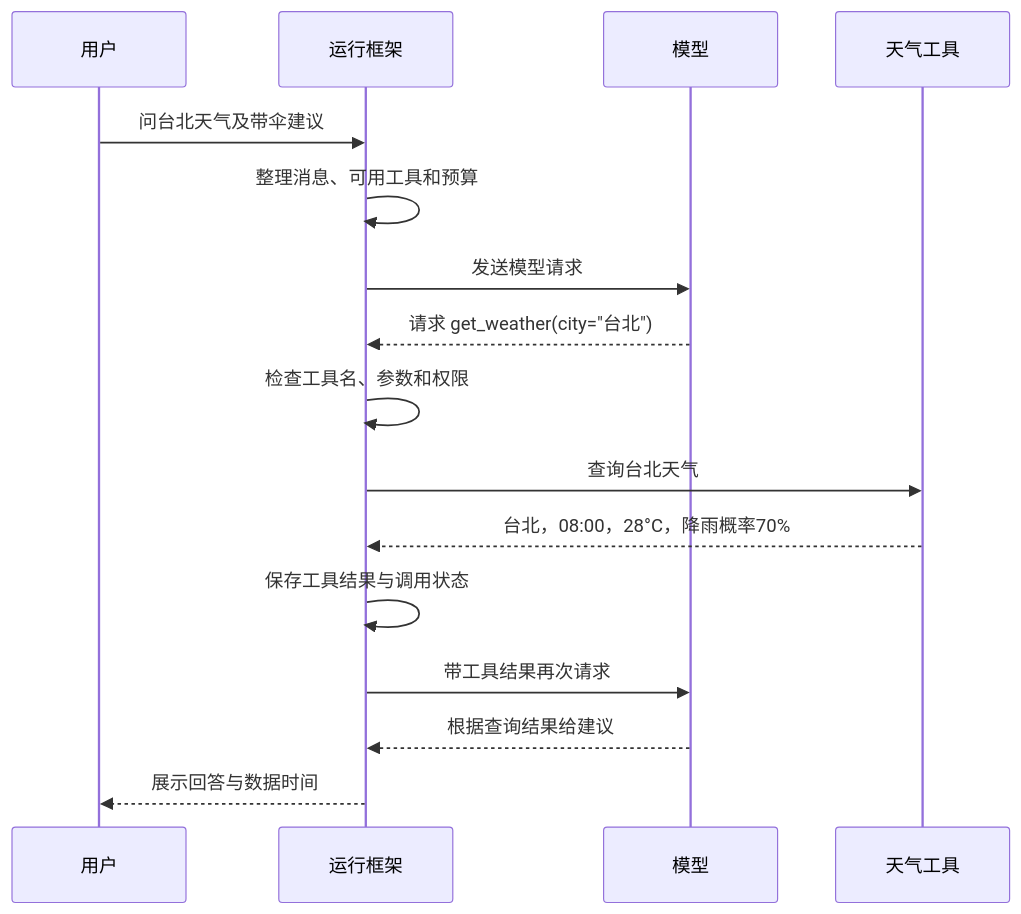
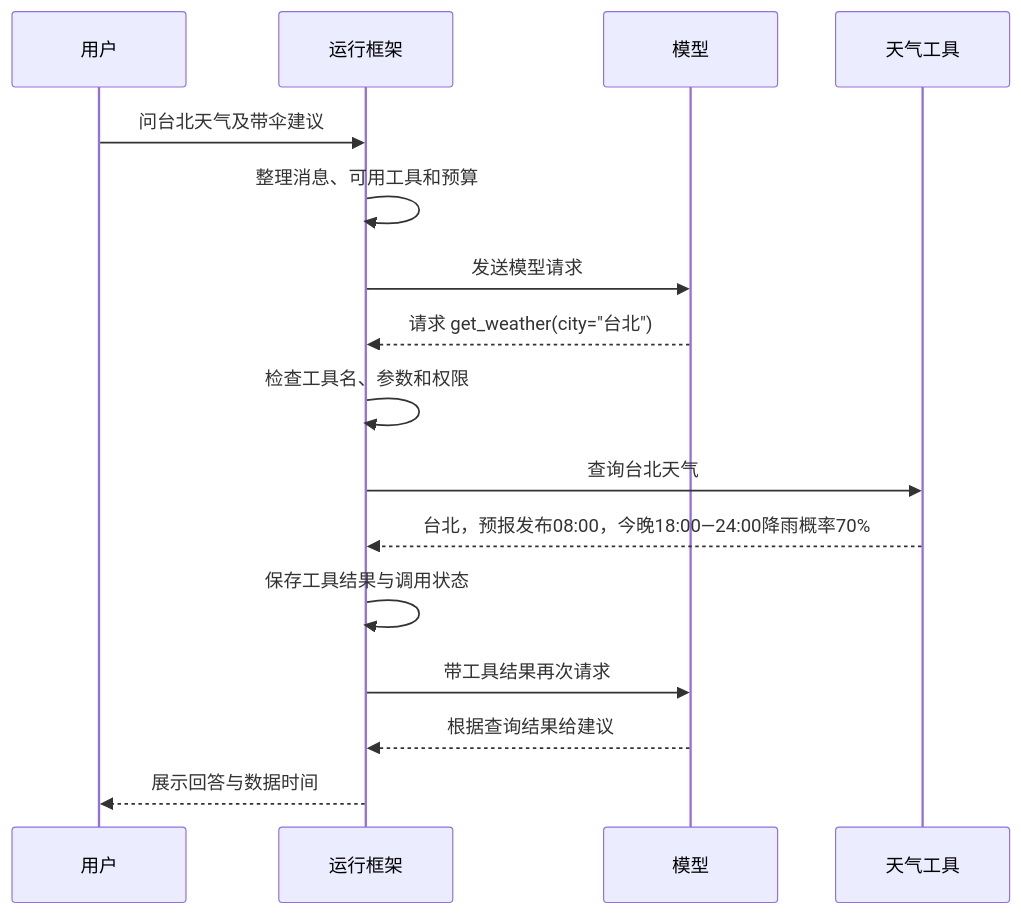
One commit to RanTian2333/agentbook changed the diagram in 书稿/02-第二章.md. Above: the diagram before and after it, drawn with Mermaid. The commit also changed other lines of this file and 20 other files, not shown here.

Commit message:
Edit book flow, chapter titles and example semantics

```diff
--- a/书稿/02-第二章.md
+++ b/书稿/02-第二章.md
@@ -56,19 +56,19 @@
 ~~~mermaid
 sequenceDiagram
     participant U as 用户
     participant H as 运行框架
     participant M as 模型
     participant T as 天气工具
 
     U->>H: 问台北天气及带伞建议
     H->>H: 整理消息、可用工具和预算
     H->>M: 发送模型请求
     M-->>H: 请求 get_weather(city="台北")
     H->>H: 检查工具名、参数和权限
     H->>T: 查询台北天气
-    T-->>H: 台北，08:00，28°C，降雨概率70%
+    T-->>H: 台北，预报发布08:00，今晚18:00—24:00降雨概率70%
     H->>H: 保存工具结果与调用状态
     H->>M: 带工具结果再次请求
     M-->>H: 根据查询结果给建议
     H-->>U: 展示回答与数据时间
 ~~~
```
